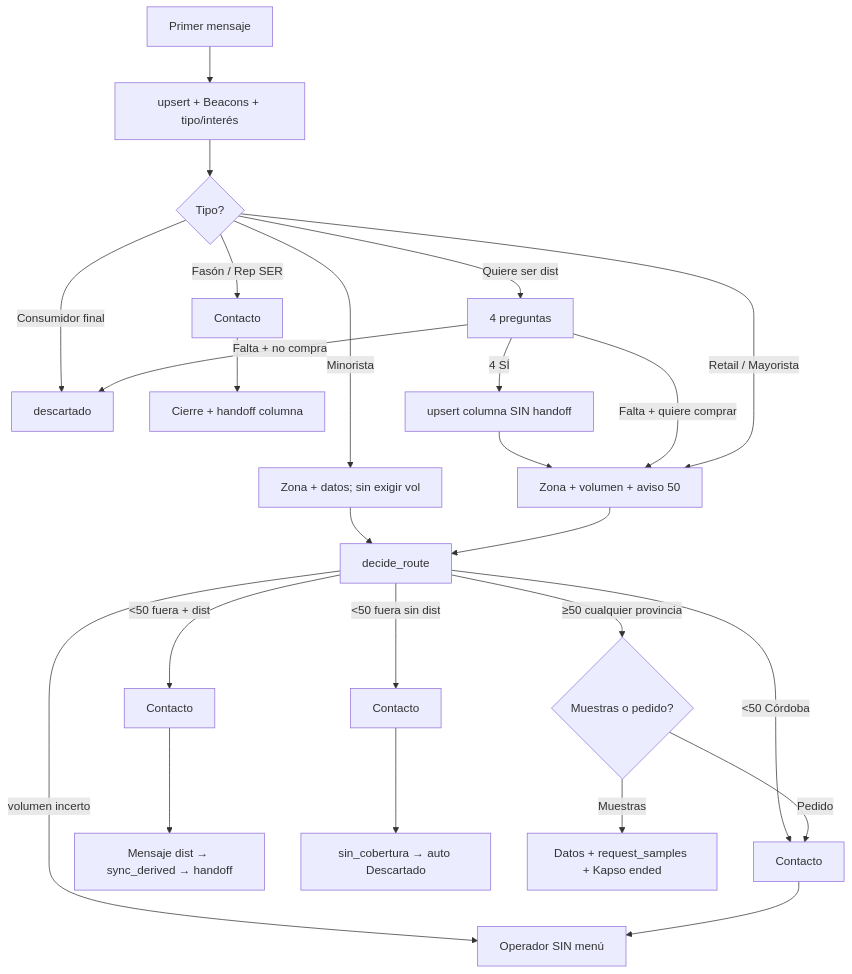
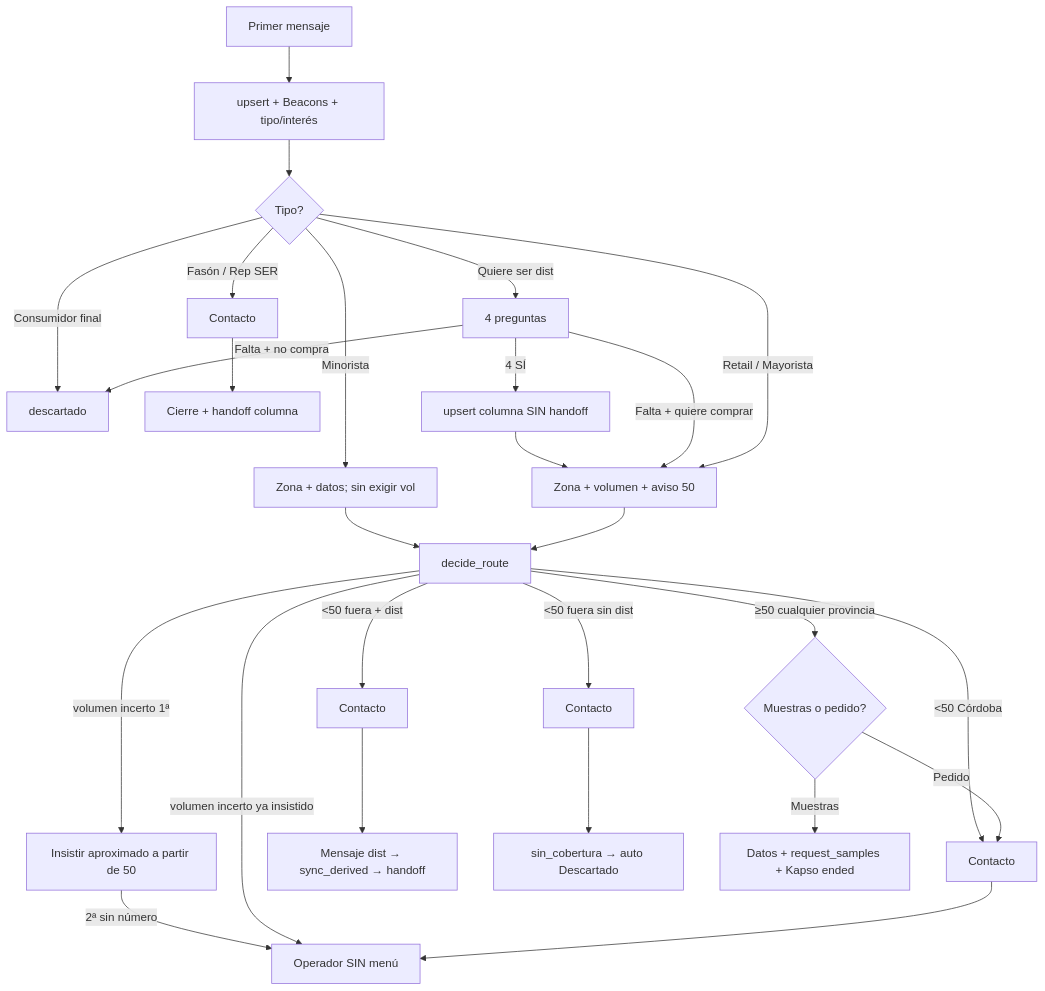
One commit to fecotechSolutions/tool-coolmeals changed the diagram in docs/planilla-flujo-ia-anexo-prompt.md. Above: the diagram before and after it, drawn with Mermaid. The commit also changed other lines of this file and 13 other files, not shown here.

````diff
--- a/docs/planilla-flujo-ia-anexo-prompt.md
+++ b/docs/planilla-flujo-ia-anexo-prompt.md
@@ -55,22 +55,24 @@
 ```mermaid
 flowchart TD
   A[Primer mensaje] --> B[upsert + Beacons + tipo/interés]
   B --> C{Tipo?}
   C -->|Consumidor final| Z[descartado]
   C -->|Fasón / Rep SER| CT[Contacto] --> H[Cierre + handoff columna]
   C -->|Quiere ser dist| Q[4 preguntas]
   Q -->|4 SÍ| QD[upsert columna SIN handoff] --> E
   Q -->|Falta + no compra| Z
   Q -->|Falta + quiere comprar| E
   C -->|Minorista| D[Zona + datos; sin exigir vol]
   C -->|Retail / Mayorista| E[Zona + volumen + aviso 50]
   D --> R[decide_route]
   E --> R
-  R -->|volumen incerto| H2[Operador SIN menú]
+  R -->|volumen incerto 1ª| V1[Insistir aproximado a partir de 50]
+  V1 -->|2ª sin número| H2[Operador SIN menú]
+  R -->|volumen incerto ya insistido| H2
   R -->|≥50 cualquier provincia| M{Muestras o pedido?}
   R -->|<50 Córdoba| CT2[Contacto] --> H2
   R -->|<50 fuera + dist| CT3[Contacto] --> Dist[Mensaje dist → sync_derived → handoff]
   R -->|<50 fuera sin dist| CT4[Contacto] --> SC[sin_cobertura → auto Descartado]
   M -->|Muestras| MS[Datos + request_samples + Kapso ended]
   M -->|Pedido| CT2
 ```
````
